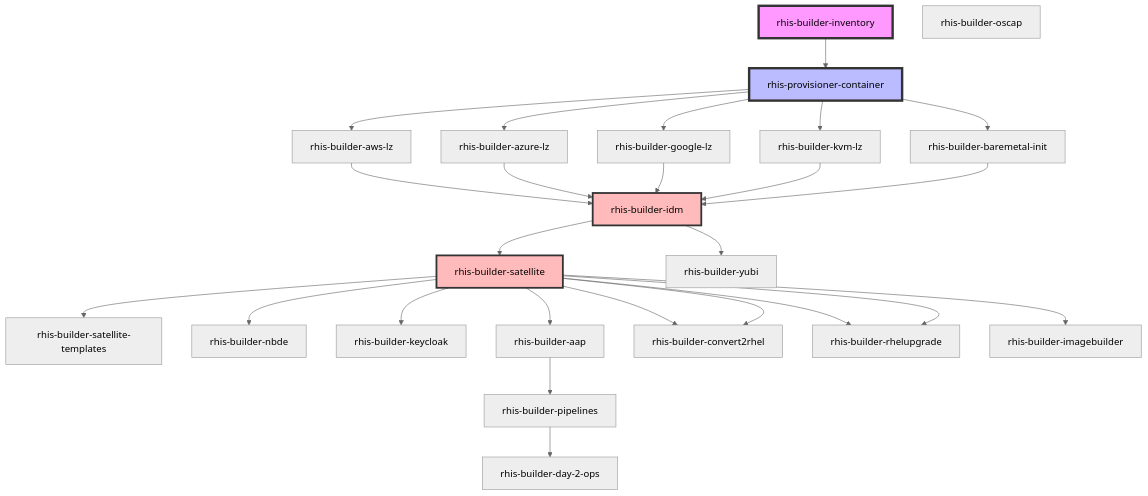
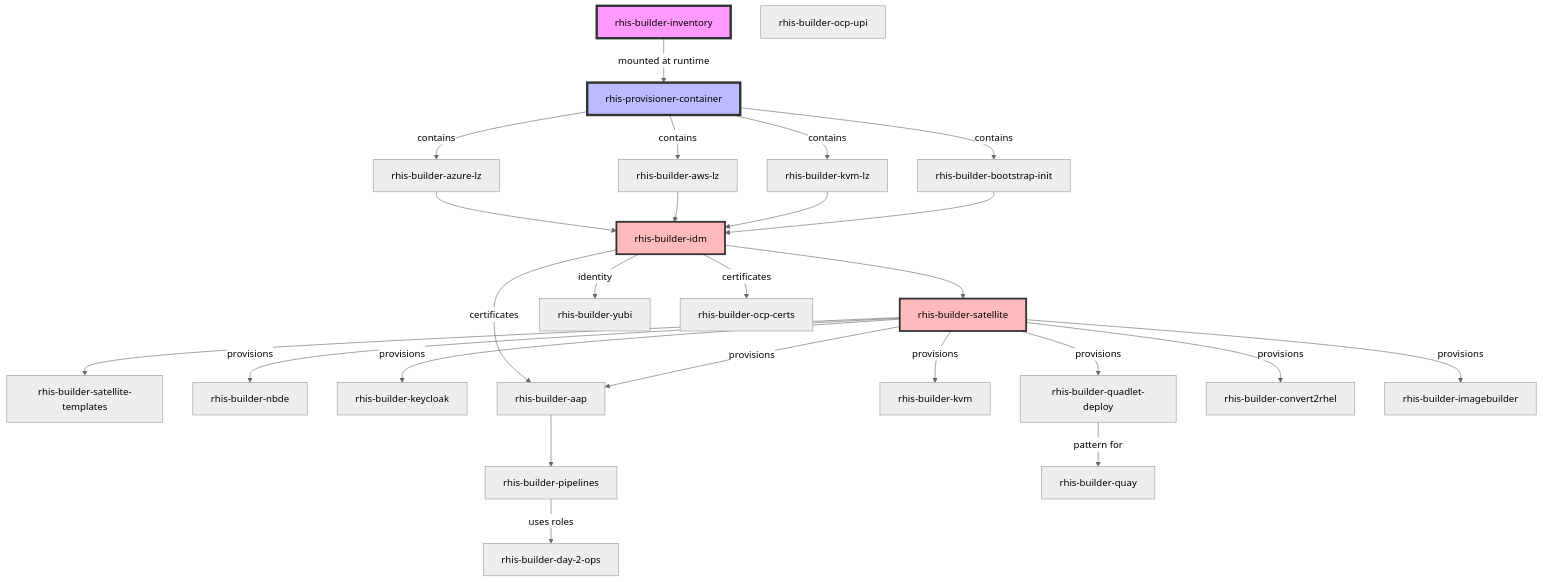
Before and after one commit to parmstro/rhis-architecture: the diagram in DEPENDENCIES.md, drawn with Mermaid (neutral theme). The commit also changed other lines of this file and 17 other files, not shown here.

First line of the commit message:
docs: rewrite all architecture documentation from verified ground truth

````diff
--- a/DEPENDENCIES.md
+++ b/DEPENDENCIES.md
@@ -9,71 +16,77 @@
 ```mermaid
 graph TD
     INV[rhis-builder-inventory]
     PROV[rhis-provisioner-container]
-    
+
     %% Landing Zones
     AWS[rhis-builder-aws-lz]
     AZURE[rhis-builder-azure-lz]
-    GCP[rhis-builder-google-lz]
-    KVM[rhis-builder-kvm-lz]
-    BARE[rhis-builder-baremetal-init]
-    
+    KVMLZ[rhis-builder-kvm-lz]
+    BARE[rhis-builder-bootstrap-init]
+
     %% Core Infrastructure
     IDM[rhis-builder-idm]
     SAT[rhis-builder-satellite]
     SATTPL[rhis-builder-satellite-templates]
-    
+
     %% Security
     NBDE[rhis-builder-nbde]
     KC[rhis-builder-keycloak]
     YUBI[rhis-builder-yubi]
-    OSCAP[rhis-builder-oscap]
-    
+
     %% Automation
     AAP[rhis-builder-aap]
     PIPE[rhis-builder-pipelines]
-    
+
+    %% Infrastructure
+    KVM[rhis-builder-kvm]
+    QUAD[rhis-builder-quadlet-deploy]
+    QUAY[rhis-builder-quay]
+
     %% Lifecycle
     C2R[rhis-builder-convert2rhel]
-    UPGRADE[rhis-builder-rhelupgrade]
     IMG[rhis-builder-imagebuilder]
     DAY2[rhis-builder-day-2-ops]
-    
+
+    %% OCP
+    OCP[rhis-builder-ocp-certs]
+    OCPUPI[rhis-builder-ocp-upi]
+
     %% Core dependencies
-    INV --> PROV
-    PROV --> AWS
-    PROV --> AZURE
-    PROV --> GCP
-    PROV --> KVM
-    PROV --> BARE
-    
+    INV -->|mounted at runtime| PROV
+    PROV -->|contains| AWS
+    PROV -->|contains| AZURE
+    PROV -->|contains| KVMLZ
+    PROV -->|contains| BARE
+
     %% Bootstrap flow
+    BARE --> IDM
+    KVMLZ --> IDM
     AWS --> IDM
     AZURE --> IDM
-    GCP --> IDM
-    KVM --> IDM
-    BARE --> IDM
-    
+
     IDM --> SAT
     SAT --> SATTPL
-    
-    %% Satellite provisions everything else
-    SAT --> NBDE
-    SAT --> KC
-    SAT --> AAP
-    SAT --> IMG
-    SAT --> C2R
-    SAT --> UPGRADE
-    
+
+    %% Satellite provisions everything after bootstrap
+    SAT -->|provisions| NBDE
+    SAT -->|provisions| KC
+    SAT -->|provisions| AAP
+    SAT -->|provisions| KVM
+    SAT -->|provisions| QUAD
+    SAT -->|provisions| IMG
+    SAT -->|provisions| C2R
+
     %% Service dependencies
-    IDM --> YUBI
+    IDM -->|certificates| AAP
+    IDM -->|identity| YUBI
+    IDM -->|certificates| OCP
     AAP --> PIPE
-    PIPE --> DAY2
-    SAT --> C2R
-    SAT --> UPGRADE
-    
+    PIPE -->|uses roles| DAY2
+    QUAD -->|pattern for| QUAY
+
     style INV fill:#f9f,stroke:#333,stroke-width:4px
     style PROV fill:#bbf,stroke:#333,stroke-width:4px
     style IDM fill:#fbb,stroke:#333,stroke-width:3px
     style SAT fill:#fbb,stroke:#333,stroke-width:3px
 ```
````
